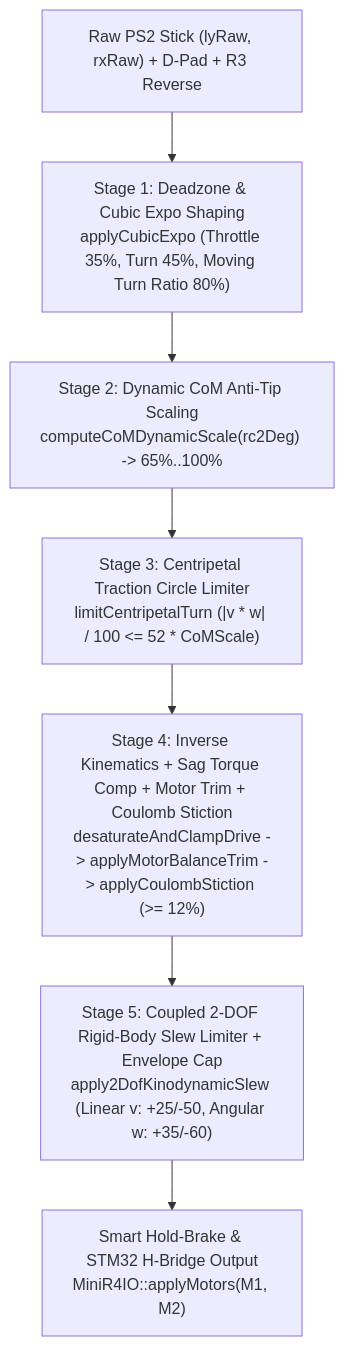
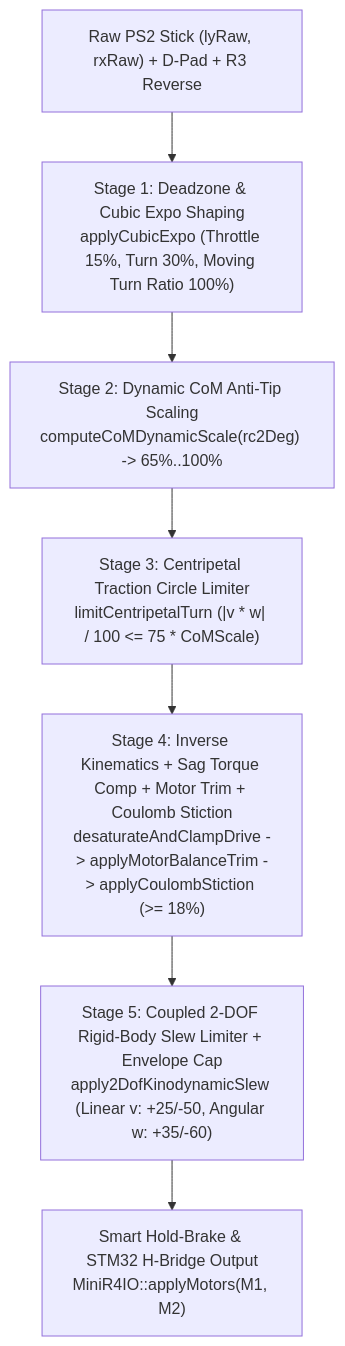
Before and after one commit to hunhups-hub/matrix_R4: the diagram in README.md, drawn with Mermaid. The commit also changed other lines of this file and 13 other files, not shown here.

````diff
--- a/README.md
+++ b/README.md
@@ -1078,9 +1081,9 @@
 ```mermaid
 flowchart TD
-    A["Raw PS2 Stick (lyRaw, rxRaw) + D-Pad + R3 Reverse"] --> B["Stage 1: Deadzone & Cubic Expo Shaping\napplyCubicExpo (Throttle 35%, Turn 45%, Moving Turn Ratio 80%)"]
+    A["Raw PS2 Stick (lyRaw, rxRaw) + D-Pad + R3 Reverse"] --> B["Stage 1: Deadzone & Cubic Expo Shaping\napplyCubicExpo (Throttle 15%, Turn 30%, Moving Turn Ratio 100%)"]
     B --> C["Stage 2: Dynamic CoM Anti-Tip Scaling\ncomputeCoMDynamicScale(rc2Deg) -> 65%..100%"]
-    C --> D["Stage 3: Centripetal Traction Circle Limiter\nlimitCentripetalTurn (|v * w| / 100 <= 52 * CoMScale)"]
-    D --> E["Stage 4: Inverse Kinematics + Sag Torque Comp + Motor Trim + Coulomb Stiction\ndesaturateAndClampDrive -> applyMotorBalanceTrim -> applyCoulombStiction (>= 12%)"]
+    C --> D["Stage 3: Centripetal Traction Circle Limiter\nlimitCentripetalTurn (|v * w| / 100 <= 75 * CoMScale)"]
+    D --> E["Stage 4: Inverse Kinematics + Sag Torque Comp + Motor Trim + Coulomb Stiction\ndesaturateAndClampDrive -> applyMotorBalanceTrim -> applyCoulombStiction (>= 18%)"]
     E --> F["Stage 5: Coupled 2-DOF Rigid-Body Slew Limiter + Envelope Cap\napply2DofKinodynamicSlew (Linear v: +25/-50, Angular w: +35/-60)"]
     F --> G["Smart Hold-Brake & STM32 H-Bridge Output\nMiniR4IO::applyMotors(M1, M2)"]
 ```
````
